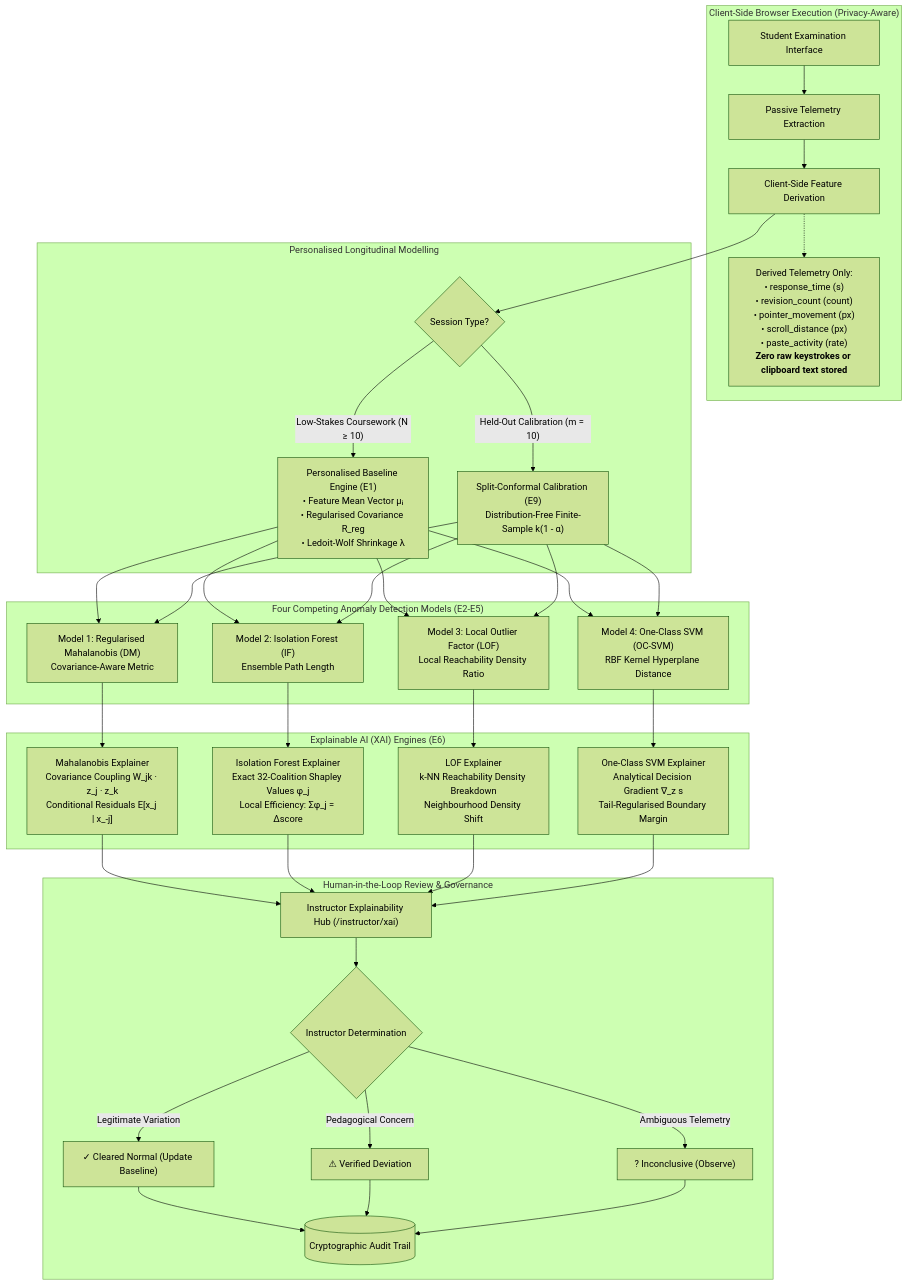
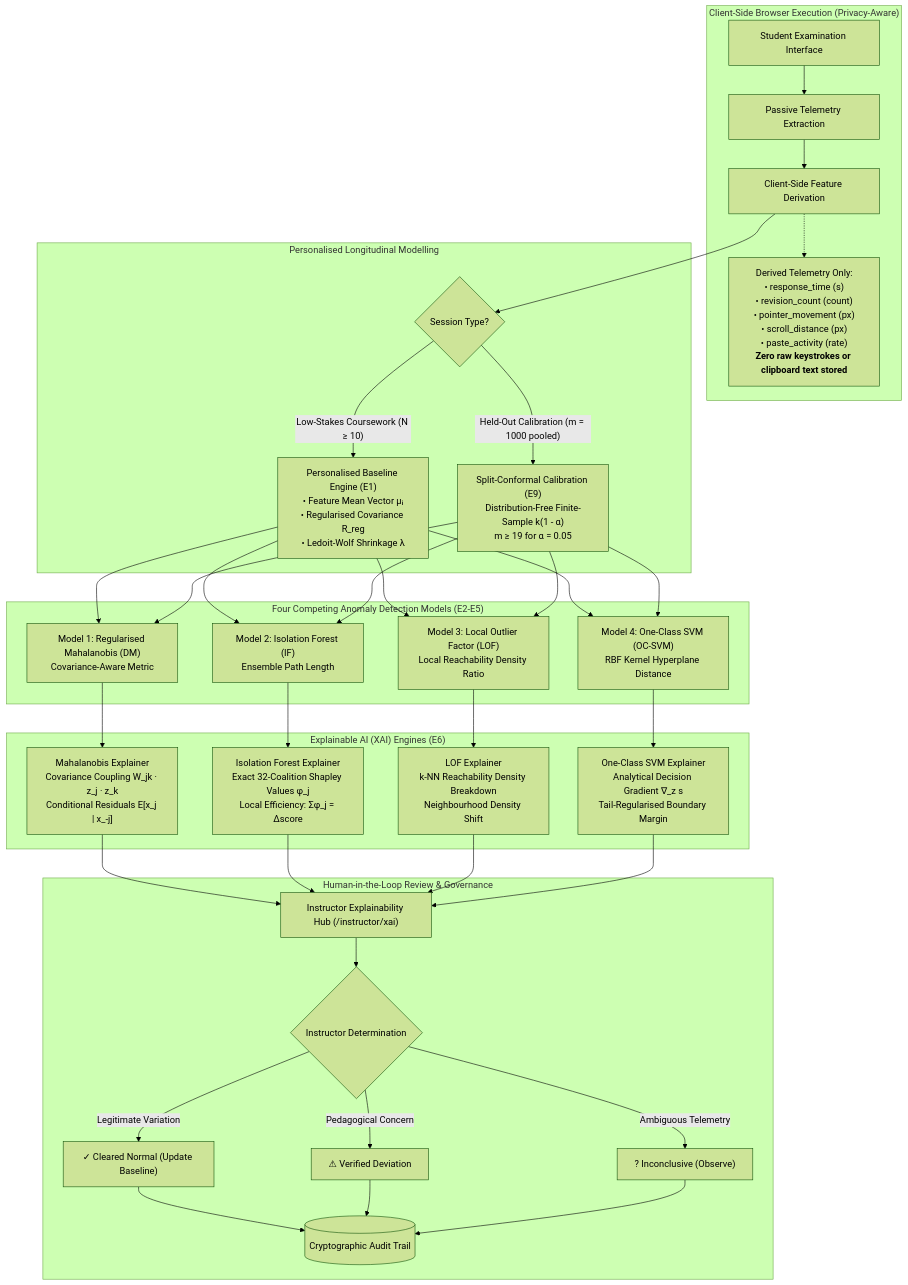
Before and after one commit to Ganeshraj10/scm-patent: the first of 2 diagrams in docs/paper/ExamGuard_Research_Figures_and_Tables.md, drawn with Mermaid (forest theme). The commit also changed other lines of this file and 23 other files, not shown here.

Commit message:
fix: critical audit corrections across security, conformal calibration, statistical metrics, ML models, and XAI

````diff
--- a/docs/paper/ExamGuard_Research_Figures_and_Tables.md
+++ b/docs/paper/ExamGuard_Research_Figures_and_Tables.md
@@ -11,47 +11,47 @@
 ```mermaid
 flowchart TD
     subgraph Client ["Client-Side Browser Execution (Privacy-Aware)"]
         UI[Student Examination Interface] --> Telemetry[Passive Telemetry Extraction]
         Telemetry --> Derivation[Client-Side Feature Derivation]
         note1["Derived Telemetry Only:<br/>• response_time (s)<br/>• revision_count (count)<br/>• pointer_movement (px)<br/>• scroll_distance (px)<br/>• paste_activity (rate)<br/><b>Zero raw keystrokes or clipboard text stored</b>"]
         Derivation -.-> note1
     end
 
     subgraph Baseline ["Personalised Longitudinal Modelling"]
         Derivation --> TrainFilter{Session Type?}
         TrainFilter -- "Low-Stakes Coursework (N ≥ 10)" --> BaselineEngine["Personalised Baseline Engine (E1)<br/>• Feature Mean Vector μᵢ<br/>• Regularised Covariance R_reg<br/>• Ledoit-Wolf Shrinkage λ"]
-        TrainFilter -- "Held-Out Calibration (m = 10)" --> CalModule["Split-Conformal Calibration (E9)<br/>Distribution-Free Finite-Sample k(1 - α)"]
+        TrainFilter -- "Held-Out Calibration (m = 1000 pooled)" --> CalModule["Split-Conformal Calibration (E9)<br/>Distribution-Free Finite-Sample k(1 - α)<br/>m ≥ 19 for α = 0.05"]
     end
 
     subgraph Models ["Four Competing Anomaly Detection Models (E2-E5)"]
         BaselineEngine --> M1["Model 1: Regularised Mahalanobis (DM)<br/>Covariance-Aware Metric"]
         BaselineEngine --> M2["Model 2: Isolation Forest (IF)<br/>Ensemble Path Length"]
         BaselineEngine --> M3["Model 3: Local Outlier Factor (LOF)<br/>Local Reachability Density Ratio"]
         BaselineEngine --> M4["Model 4: One-Class SVM (OC-SVM)<br/>RBF Kernel Hyperplane Distance"]
         CalModule --> M1
         CalModule --> M2
         CalModule --> M3
         CalModule --> M4
     end
 
     subgraph XAI ["Explainable AI (XAI) Engines (E6)"]
         M1 --> XAI1["Mahalanobis Explainer<br/>Covariance Coupling W_jk · z_j · z_k<br/>Conditional Residuals E[x_j | x_-j]"]
         M2 --> XAI2["Isolation Forest Explainer<br/>Exact 32-Coalition Shapley Values φ_j<br/>Local Efficiency: Σφ_j = Δscore"]
         M3 --> XAI3["LOF Explainer<br/>k-NN Reachability Density Breakdown<br/>Neighbourhood Density Shift"]
         M4 --> XAI4["One-Class SVM Explainer<br/>Analytical Decision Gradient ∇_z s<br/>Tail-Regularised Boundary Margin"]
     end
 
     subgraph Governance ["Human-in-the-Loop Review & Governance"]
         XAI1 --> Portal["Instructor Explainability Hub (/instructor/xai)"]
         XAI2 --> Portal
         XAI3 --> Portal
         XAI4 --> Portal
         Portal --> Decision{"Instructor Determination"}
         Decision -- "Legitimate Variation" --> Clear["✓ Cleared Normal (Update Baseline)"]
         Decision -- "Pedagogical Concern" --> Verify["⚠ Verified Deviation"]
         Decision -- "Ambiguous Telemetry" --> Inc["? Inconclusive (Observe)"]
         Clear --> AuditLog[(Cryptographic Audit Trail)]
         Verify --> AuditLog
         Inc --> AuditLog
     end
 ```
````
